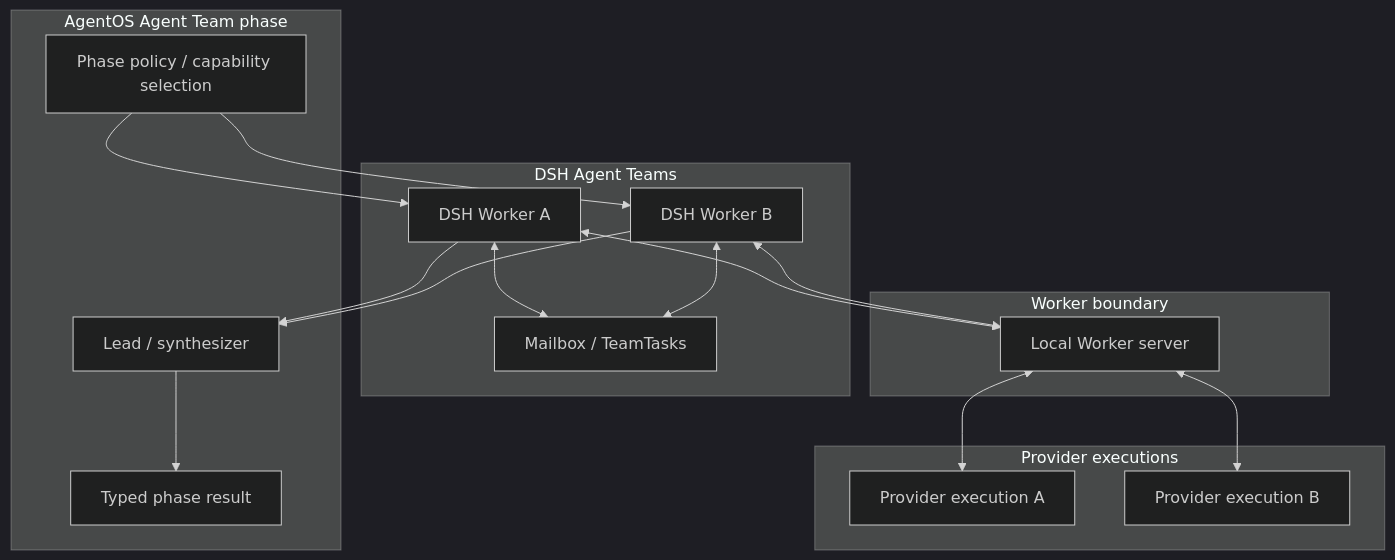
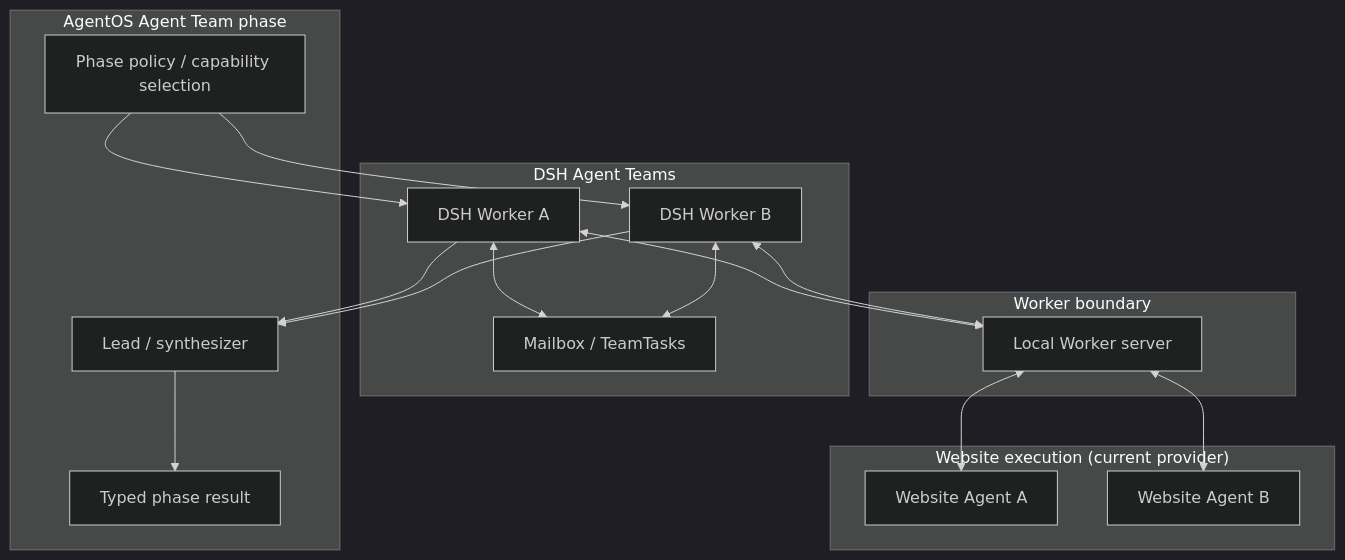
Before and after one commit to tsuuanmi/AgentOS: the fifth of 11 diagrams in docs/architecture/interaction-model.md, drawn with Mermaid (dark theme). The commit also changed other lines of this file, not shown here.

Commit message:
docs: label agent protocols in interaction flows

```diff
--- a/docs/architecture/interaction-model.md
+++ b/docs/architecture/interaction-model.md
@@ -142,36 +142,36 @@
 ~~~mermaid
 flowchart TB
     subgraph Team["AgentOS Agent Team phase"]
         Policy[Phase policy / capability selection]
         Synth[Lead / synthesizer]
         Result[Typed phase result]
     end
 
     subgraph DSH["DSH Agent Teams"]
         A[DSH Worker A]
         B[DSH Worker B]
         M[Mailbox / TeamTasks]
     end
 
     subgraph Boundary["Worker boundary"]
         WS[Local Worker server]
     end
 
-    subgraph Providers["Provider executions"]
-        PA[Provider execution A]
-        PB[Provider execution B]
+    subgraph Providers["Website execution (current provider)"]
+        PA[Website Agent A]
+        PB[Website Agent B]
     end
 
     Policy --> A
     Policy --> B
     A <--> M
     B <--> M
     A <--> WS
     B <--> WS
     WS <--> PA
     WS <--> PB
 
     A --> Synth
     B --> Synth
     Synth --> Result
 ~~~
```
